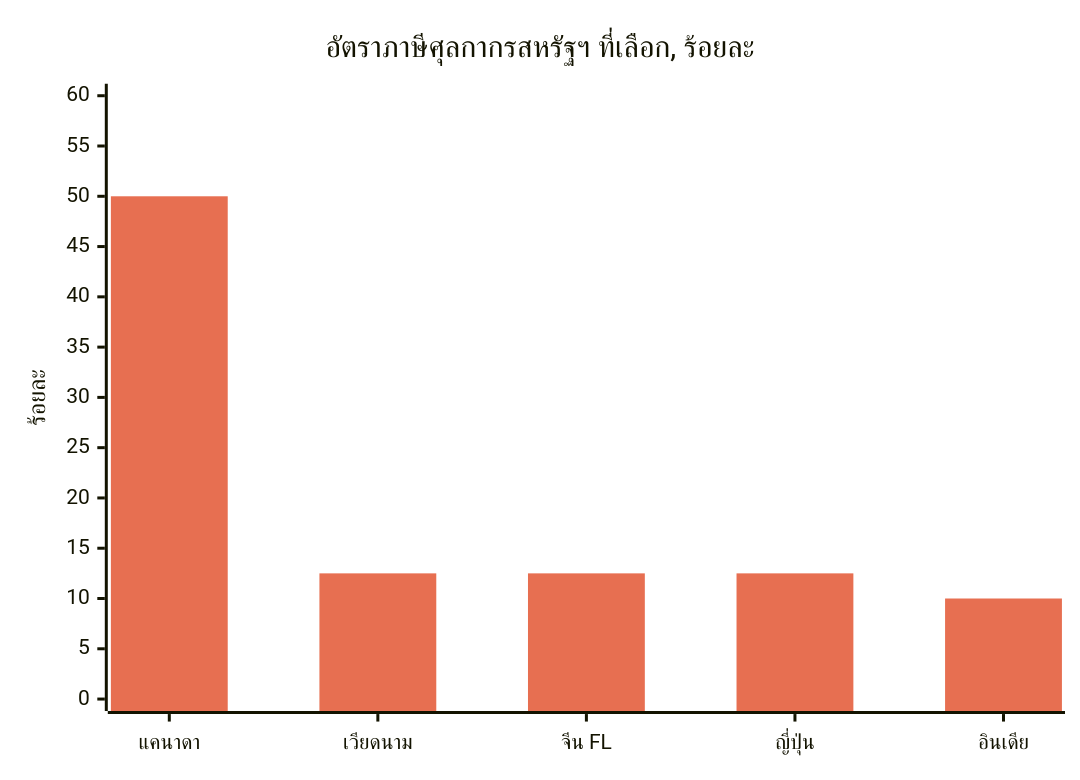
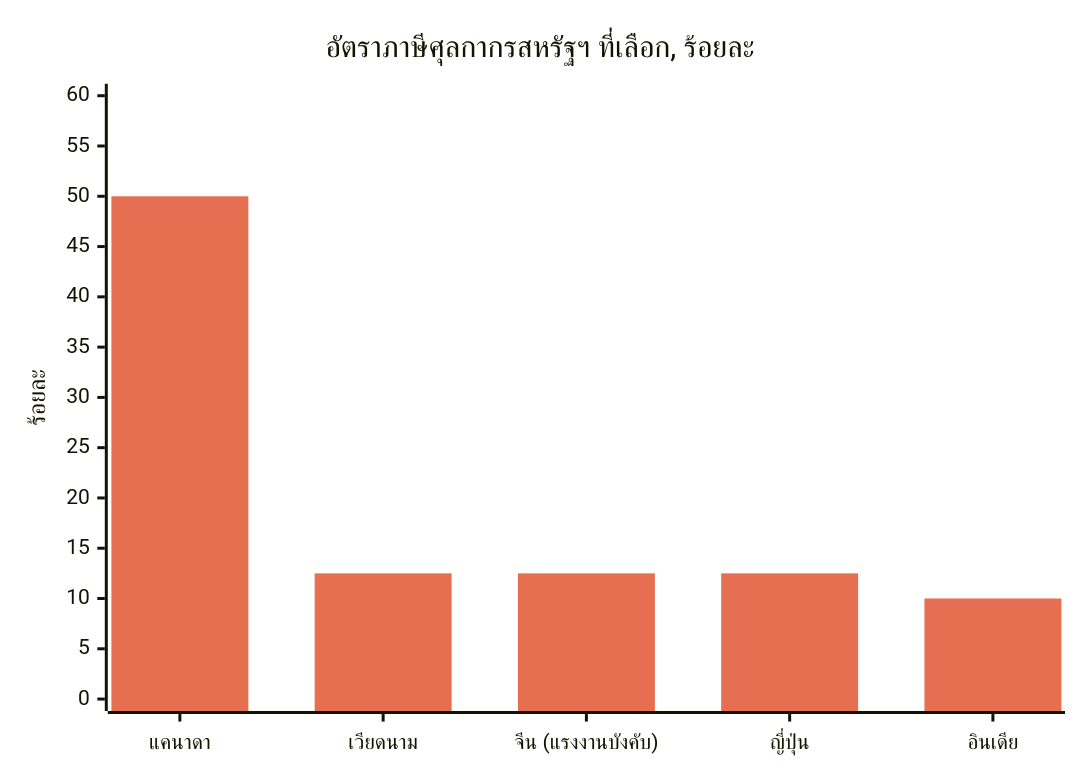
The first of 13 diagrams in Global-Trade-Intelligence-weekly-2026-11-16/index.th.md (dureach/research), drawn with Mermaid before and after one commit. The commit also changed other lines of this file and 5 other files, not shown here.

````diff
--- a/Global-Trade-Intelligence-weekly-2026-11-16/index.th.md
+++ b/Global-Trade-Intelligence-weekly-2026-11-16/index.th.md
@@ -225,8 +225,8 @@
 ```mermaid
 %%{init: {'theme': 'base', 'themeVariables': {'xyChart': {'plotColorPalette': '#e76f51'}}}}%%
 xychart-beta
     title "อัตราภาษีศุลกากรสหรัฐฯ ที่เลือก, ร้อยละ"
-    x-axis ["แคนาดา", "เวียดนาม", "จีน FL", "ญี่ปุ่น", "อินเดีย"]
+    x-axis ["แคนาดา", "เวียดนาม", "จีน (แรงงานบังคับ)", "ญี่ปุ่น", "อินเดีย"]
     y-axis "ร้อยละ" 0 --> 60
     bar [50, 12.5, 12.5, 12.5, 10]
 ```
````
